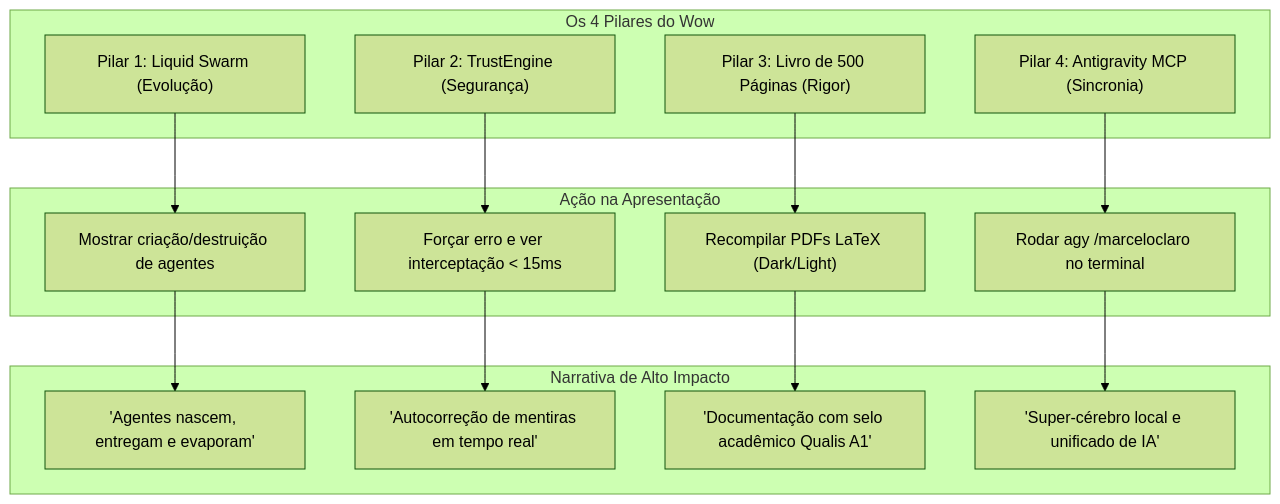
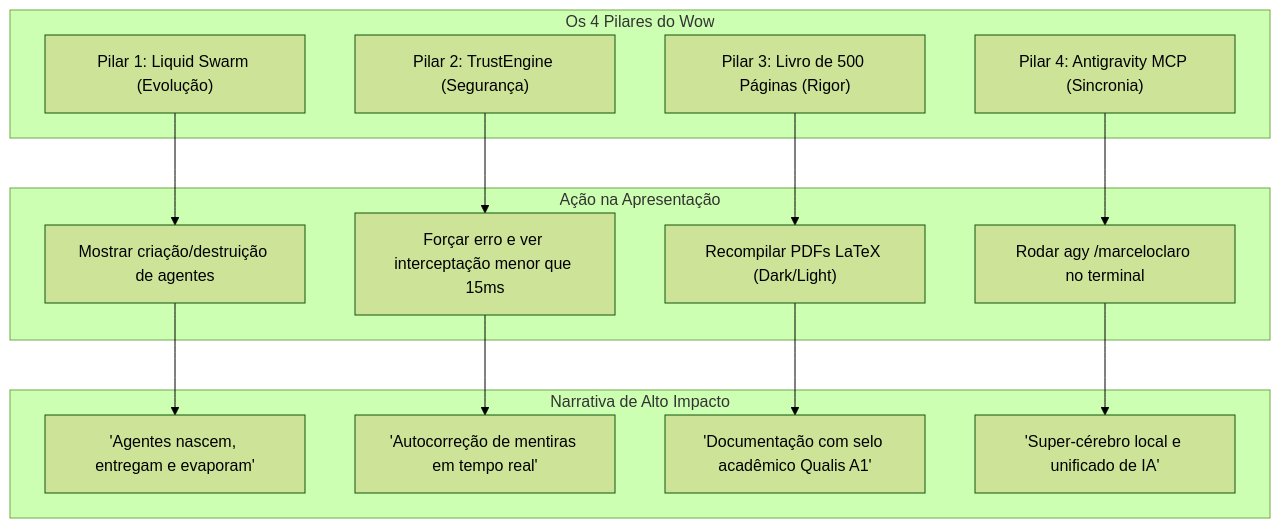
One commit to MarceloClaro/OpenCode_Ecosystem changed the fourth of 4 diagrams in README.md. Above: the diagram before and after it, drawn with Mermaid (forest theme). The commit also changed other lines of this file, not shown here.

Commit message:
fix: resolve Mermaid syntax rendering errors for GitHub display

````diff
--- a/README.md
+++ b/README.md
@@ -319,23 +326,23 @@
 ```mermaid
 graph TD
   subgraph Pilares["Os 4 Pilares do Wow"]
     P1["Pilar 1: Liquid Swarm (Evolução)"]
     P2["Pilar 2: TrustEngine (Segurança)"]
     P3["Pilar 3: Livro de 500 Páginas (Rigor)"]
     P4["Pilar 4: Antigravity MCP (Sincronia)"]
   end
 
   subgraph Acoes["Ação na Apresentação"]
     P1 --> A1["Mostrar criação/destruição de agentes"]
-    P2 --> A2["Forçar erro e ver interceptação < 15ms"]
+    P2 --> A2["Forçar erro e ver interceptação menor que 15ms"]
     P3 --> A3["Recompilar PDFs LaTeX (Dark/Light)"]
     P4 --> A4["Rodar agy /marceloclaro no terminal"]
   end
 
   subgraph Narrativas["Narrativa de Alto Impacto"]
     A1 --> N1["'Agentes nascem, entregam e evaporam'"]
     A2 --> N2["'Autocorreção de mentiras em tempo real'"]
     A3 --> N3["'Documentação com selo acadêmico Qualis A1'"]
     A4 --> N4["'Super-cérebro local e unificado de IA'"]
   end
 ```
````
